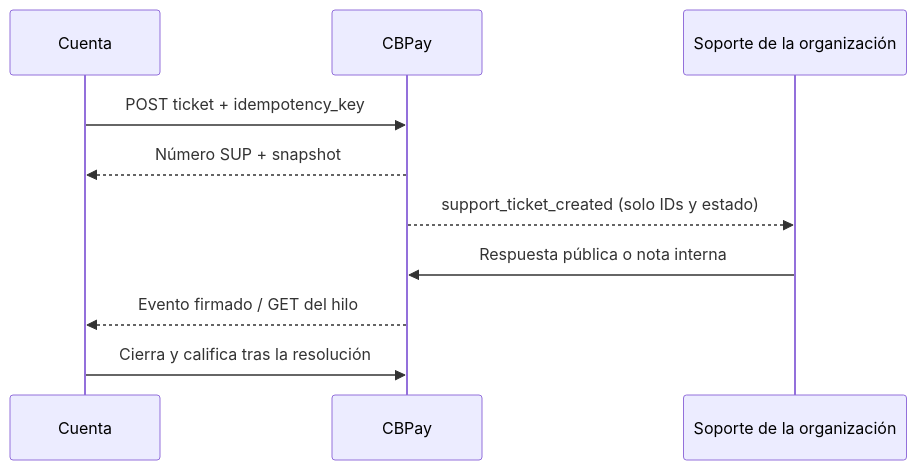
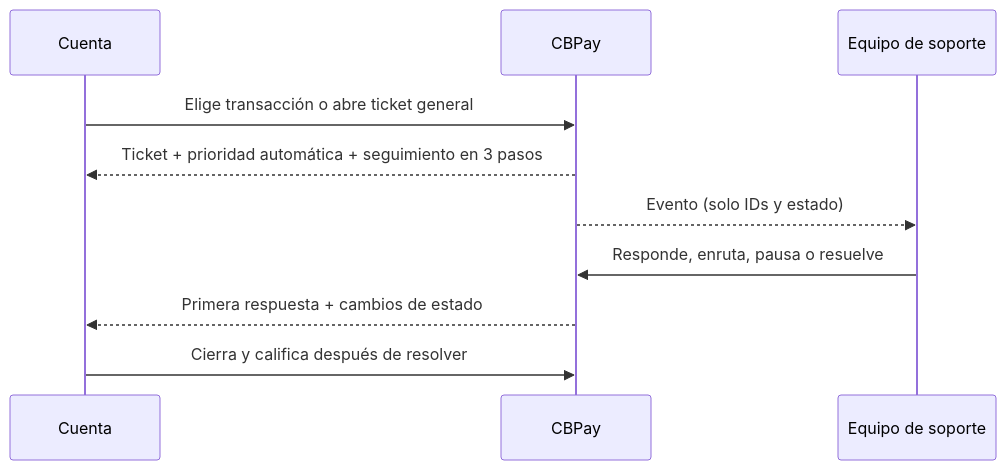
The diagram in es/guides/support-tickets.mdx (CBpayapp/cbpay-docs), drawn with Mermaid before and after one commit. The commit also changed other lines of this file and 26 other files, not shown here.

````diff
--- a/es/guides/support-tickets.mdx
+++ b/es/guides/support-tickets.mdx
@@ -11,12 +11,12 @@
 ```mermaid
 sequenceDiagram
   participant A as Cuenta
   participant C as CBPay
-  participant O as Soporte de la organización
-  A->>C: POST ticket + idempotency_key
-  C-->>A: Número SUP + snapshot
-  C-->>O: support_ticket_created (solo IDs y estado)
-  O->>C: Respuesta pública o nota interna
-  C-->>A: Evento firmado / GET del hilo
-  A->>C: Cierra y califica tras la resolución
+  participant O as Equipo de soporte
+  A->>C: Elige transacción o abre ticket general
+  C-->>A: Ticket + prioridad automática + seguimiento en 3 pasos
+  C-->>O: Evento (solo IDs y estado)
+  O->>C: Responde, enruta, pausa o resuelve
+  C-->>A: Primera respuesta + cambios de estado
+  A->>C: Cierra y califica después de resolver
 ```
````
